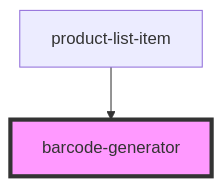
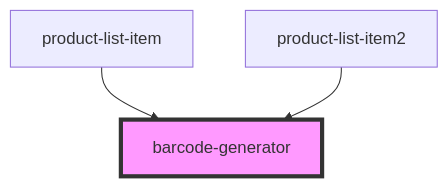
Before and after one commit to PharmaLedger-IMI/fgt-workspace: the diagram in pdm-web-components/src/components/barcode-generator/readme.md, drawn with Mermaid. The commit also changed other lines of this file and 9 other files, not shown here.

````diff
--- a/pdm-web-components/src/components/barcode-generator/readme.md
+++ b/pdm-web-components/src/components/barcode-generator/readme.md
@@ -27,5 +28,6 @@
 ```mermaid
 graph TD;
   product-list-item --> barcode-generator
+  product-list-item2 --> barcode-generator
   style barcode-generator fill:#f9f,stroke:#333,stroke-width:4px
 ```
````
